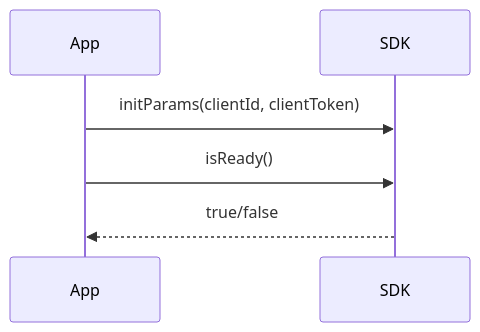
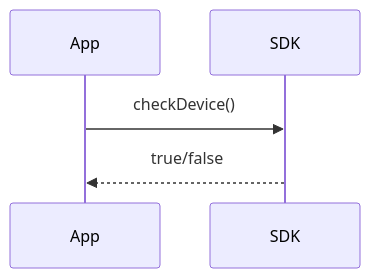
Before and after one commit to kryptogo/kg-mobile-wallet-sdk: the second of 7 diagrams in README.md, drawn with Mermaid. The commit also changed other lines of this file and 57 other files, not shown here.

````diff
--- a/README.md
+++ b/README.md
@@ -109,8 +123,7 @@
 ```mermaid
 sequenceDiagram
 participant App
 participant SDK
-App->>SDK: initParams(clientId, clientToken)
-App->>SDK: isReady()
+App->>SDK: checkDevice()
 SDK-->>App: true/false
 ```
````
